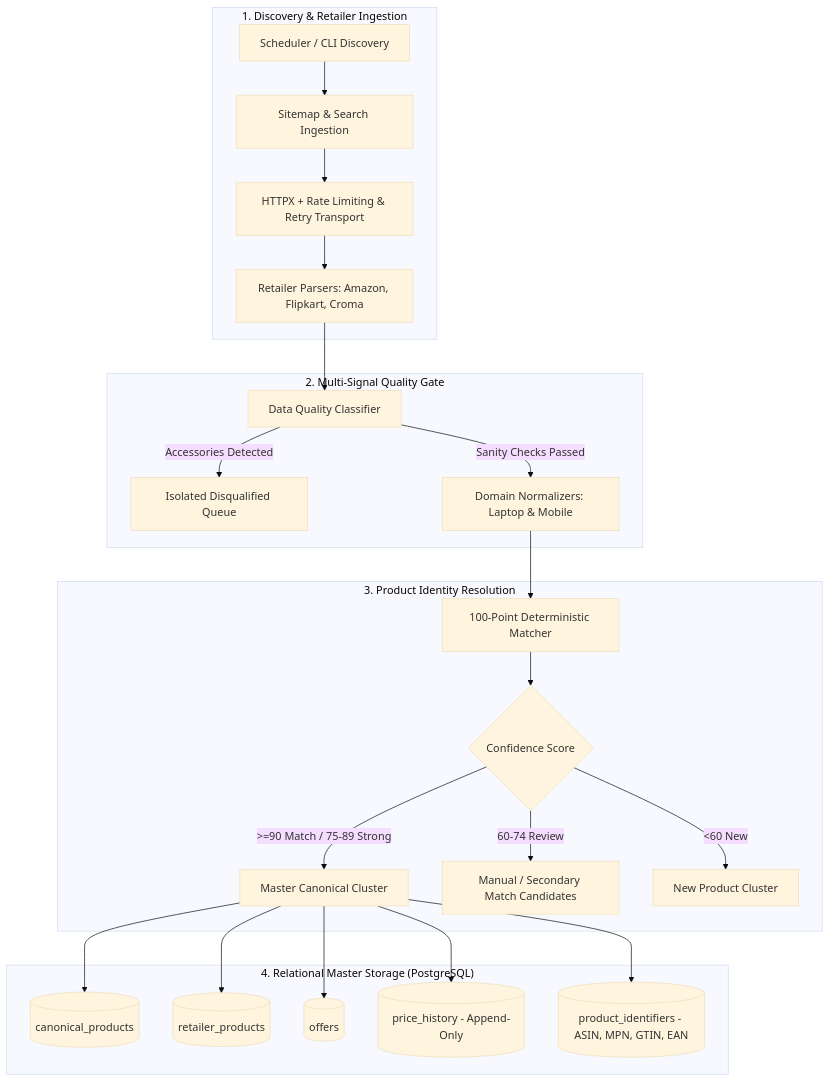
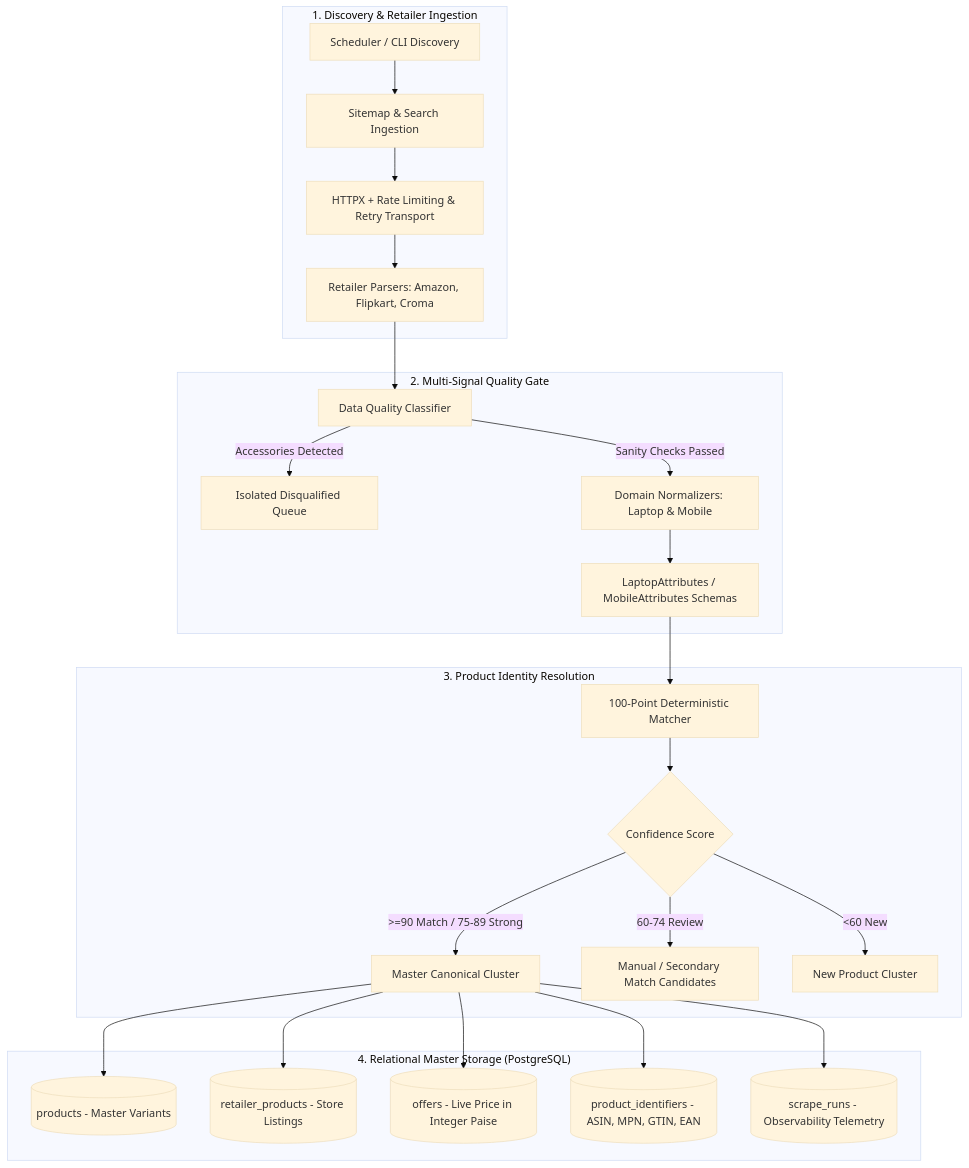
One commit to deepak9236/certicart-pipeline changed the first of 2 diagrams in docs/architecture/production-target-architecture.md. Above: the diagram before and after it, drawn with Mermaid (base theme). The commit also changed other lines of this file and 1 other file, not shown here.

Commit message:
docs: align architecture docs with 5-table PostgreSQL schema, expanded Pydantic models, and 67-pair benchmark

````diff
--- a/docs/architecture/production-target-architecture.md
+++ b/docs/architecture/production-target-architecture.md
@@ -12,30 +12,31 @@
 ```mermaid
 flowchart TD
     subgraph Ingestion["1. Discovery & Retailer Ingestion"]
         CLI[Scheduler / CLI Discovery] --> Sitemaps[Sitemap & Search Ingestion]
         Sitemaps --> Transports[HTTPX + Rate Limiting & Retry Transport]
         Transports --> Parsers[Retailer Parsers: Amazon, Flipkart, Croma]
     end
 
     subgraph Quality["2. Multi-Signal Quality Gate"]
         Parsers --> DQ[Data Quality Classifier]
         DQ -->|Accessories Detected| RejectQueue[Isolated Disqualified Queue]
         DQ -->|Sanity Checks Passed| Norm[Domain Normalizers: Laptop & Mobile]
+        Norm --> PydanticSchemas[LaptopAttributes / MobileAttributes Schemas]
     end
 
     subgraph Matching["3. Product Identity Resolution"]
-        Norm --> IDMatcher[100-Point Deterministic Matcher]
+        PydanticSchemas --> IDMatcher[100-Point Deterministic Matcher]
         IDMatcher --> MatchScore{Confidence Score}
         MatchScore -->|>=90 Match / 75-89 Strong| AutoLink[Master Canonical Cluster]
         MatchScore -->|60-74 Review| ReviewQueue[Manual / Secondary Match Candidates]
         MatchScore -->|<60 New| NewCluster[New Product Cluster]
     end
 
     subgraph Storage["4. Relational Master Storage (PostgreSQL)"]
-        AutoLink --> PG_Products[(canonical_products)]
-        AutoLink --> PG_Listings[(retailer_products)]
-        AutoLink --> PG_Offers[(offers)]
-        AutoLink --> PG_History[(price_history - Append-Only)]
+        AutoLink --> PG_Products[(products - Master Variants)]
+        AutoLink --> PG_Listings[(retailer_products - Store Listings)]
+        AutoLink --> PG_Offers[(offers - Live Price in Integer Paise)]
         AutoLink --> PG_Identifiers[(product_identifiers - ASIN, MPN, GTIN, EAN)]
+        AutoLink --> PG_Runs[(scrape_runs - Observability Telemetry)]
     end
 ```
````
